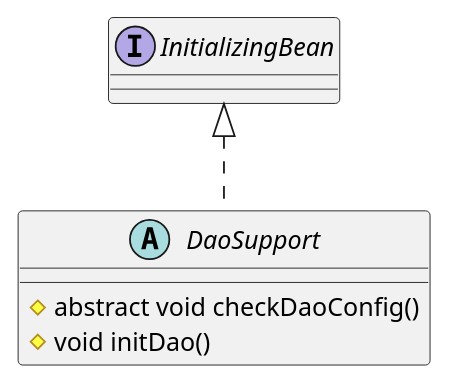
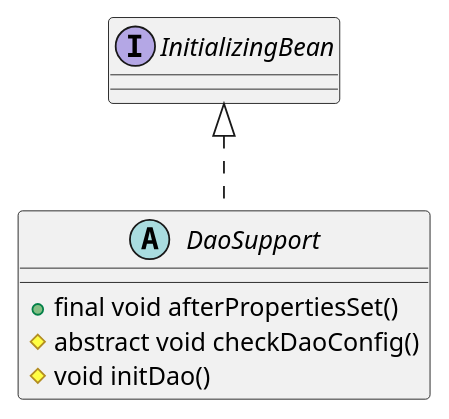
Before and after one commit to onlyonion/development: the diagram in 20-framework/src/spring/spring-tx/dao/DaoSupport.md, drawn with PlantUML. The commit also changed 36 other files, not shown here.

````diff
--- a/20-framework/src/spring/spring-tx/dao/DaoSupport.md
+++ b/20-framework/src/spring/spring-tx/dao/DaoSupport.md
@@ -12,14 +12,14 @@
 ```plantuml
 @startuml
 
 abstract class DaoSupport {
+    + final void afterPropertiesSet()
     # abstract void checkDaoConfig()
     # void initDao()
 }
 
 interface InitializingBean
-
 InitializingBean <|.. DaoSupport
 
 @enduml
 ```
````
